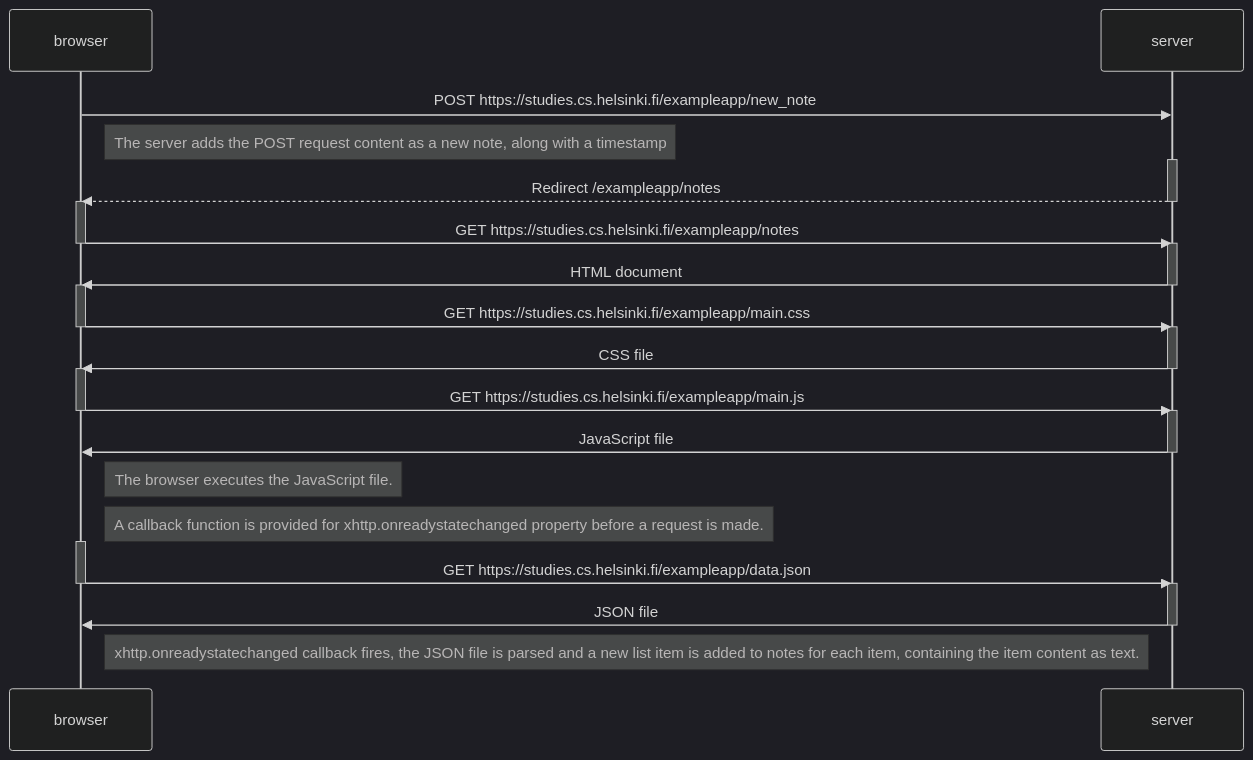
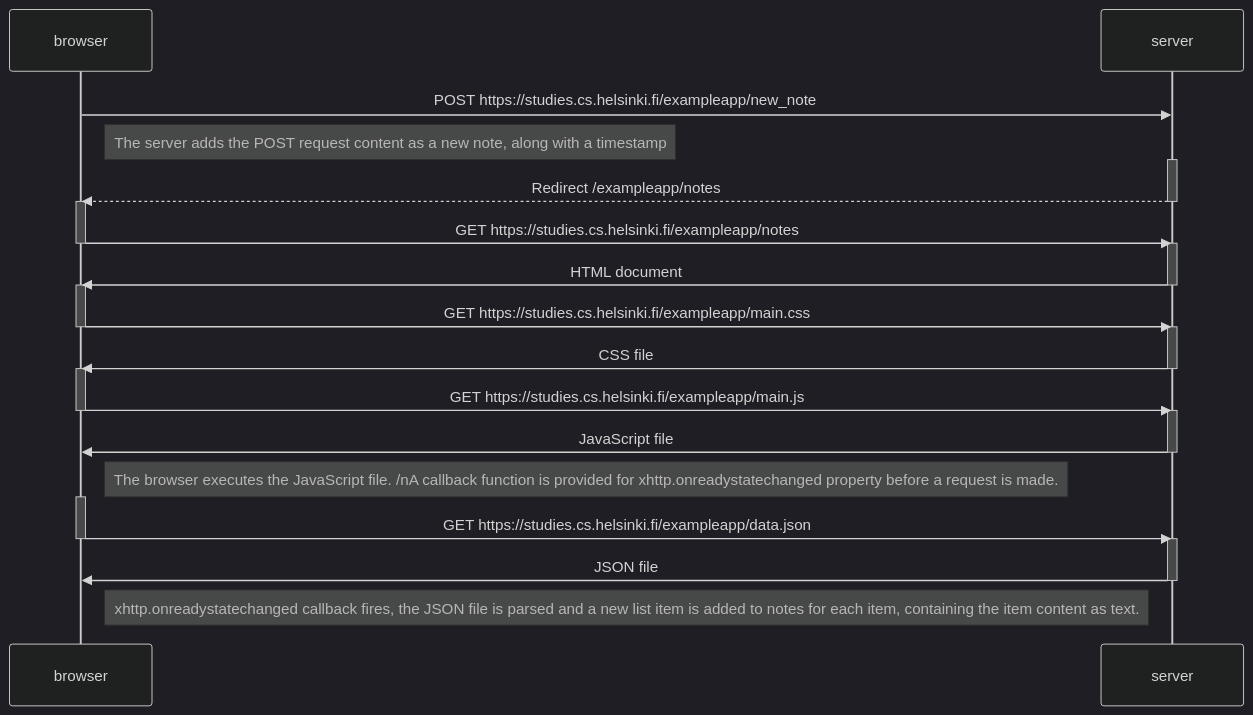
One commit to Willowfang/FullStackOpen changed the diagram in osa0/0.4 uusi muistiinpano.md. Above: the diagram before and after it, drawn with Mermaid (dark theme).

Commit message:
Update 0.4 uusi muistiinpano.md

````diff
--- a/osa0/0.4 uusi muistiinpano.md
+++ b/osa0/0.4 uusi muistiinpano.md
@@ -1,49 +1,48 @@
 ```mermaid
 sequenceDiagram
     participant browser
     participant server
 
     browser->>server: POST https://studies.cs.helsinki.fi/exampleapp/new_note
     Note right of browser: The server adds the POST request content as a new note, along with a timestamp
 
     activate server
     server-->>browser: Redirect /exampleapp/notes
     deactivate server
 
     activate browser
     browser->>server: GET https://studies.cs.helsinki.fi/exampleapp/notes
     deactivate browser
 
     activate server
     server->>browser: HTML document
     deactivate server
 
     activate browser
     browser->>server: GET https://studies.cs.helsinki.fi/exampleapp/main.css
     deactivate browser
 
     activate server
     server->>browser: CSS file
     deactivate server
 
     activate browser
     browser->>server: GET https://studies.cs.helsinki.fi/exampleapp/main.js
     deactivate browser
 
     activate server
     server->>browser: JavaScript file
     deactivate server
 
-    Note right of browser: The browser executes the JavaScript file.
-    Note right of browser: A callback function is provided for xhttp.onreadystatechanged property before a request is made.
+    Note right of browser: The browser executes the JavaScript file. /nA callback function is provided for xhttp.onreadystatechanged property before a request is made.
 
     activate browser
     browser->>server: GET https://studies.cs.helsinki.fi/exampleapp/data.json
     deactivate browser
 
     activate server
     server->>browser: JSON file
     deactivate server
 
     Note right of browser: xhttp.onreadystatechanged callback fires, the JSON file is parsed and a new list item is added to notes for each item, containing the item content as text.
 ```
````
